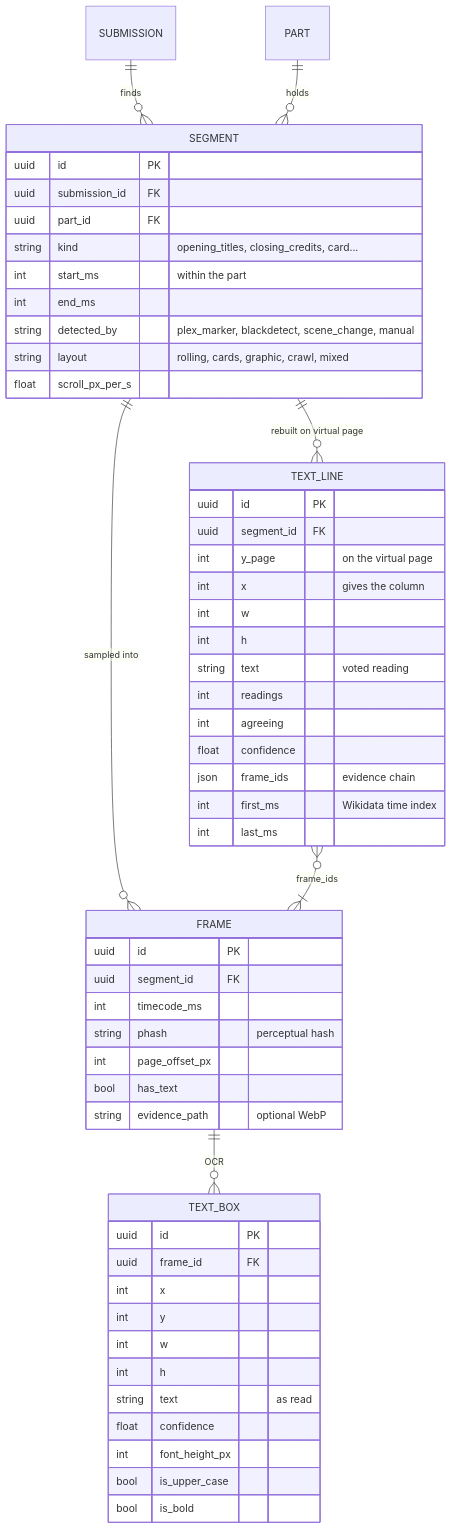
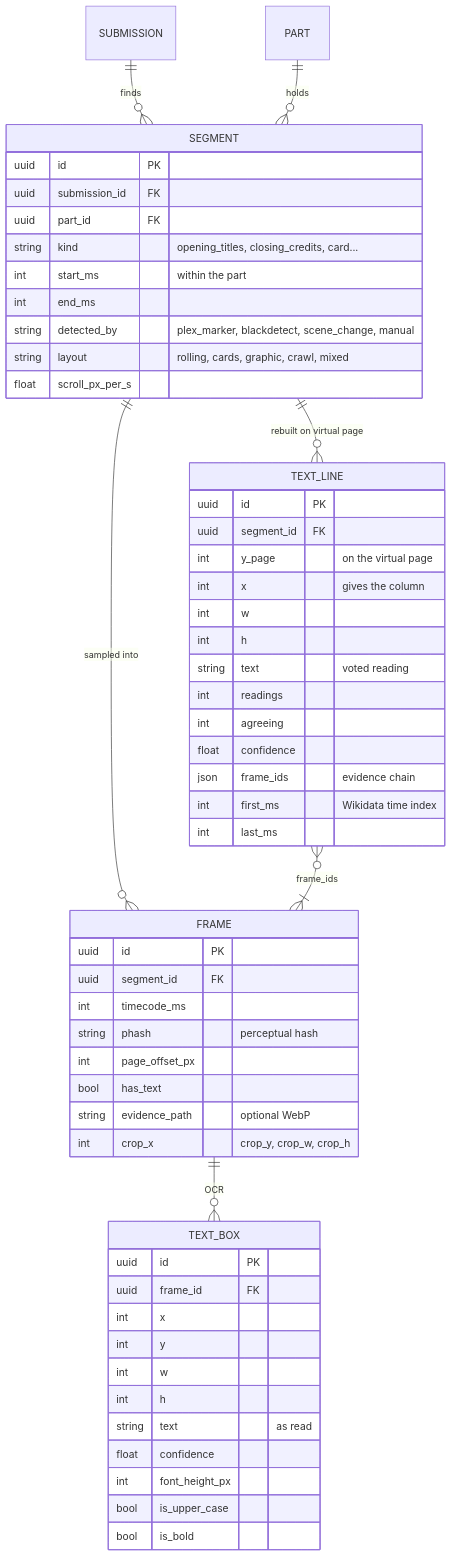
The third of 5 diagrams in doc/data-model.md (vaugouin/open-credits), drawn with Mermaid before and after one commit. The commit also changed other lines of this file and 5 other files, not shown here.

````diff
--- a/doc/data-model.md
+++ b/doc/data-model.md
@@ -425,58 +434,59 @@
 ```mermaid
 erDiagram
     SUBMISSION ||--o{ SEGMENT : "finds"
     PART ||--o{ SEGMENT : "holds"
     SEGMENT ||--o{ FRAME : "sampled into"
     FRAME ||--o{ TEXT_BOX : "OCR"
     SEGMENT ||--o{ TEXT_LINE : "rebuilt on virtual page"
     TEXT_LINE }o--|{ FRAME : "frame_ids"
 
     SEGMENT {
         uuid id PK
         uuid submission_id FK
         uuid part_id FK
         string kind "opening_titles, closing_credits, card..."
         int start_ms "within the part"
         int end_ms
         string detected_by "plex_marker, blackdetect, scene_change, manual"
         string layout "rolling, cards, graphic, crawl, mixed"
         float scroll_px_per_s
     }
     FRAME {
         uuid id PK
         uuid segment_id FK
         int timecode_ms
         string phash "perceptual hash"
         int page_offset_px
         bool has_text
         string evidence_path "optional WebP"
+        int crop_x "crop_y, crop_w, crop_h"
     }
     TEXT_BOX {
         uuid id PK
         uuid frame_id FK
         int x
         int y
         int w
         int h
         string text "as read"
         float confidence
         int font_height_px
         bool is_upper_case
         bool is_bold
     }
     TEXT_LINE {
         uuid id PK
         uuid segment_id FK
         int y_page "on the virtual page"
         int x "gives the column"
         int w
         int h
         string text "voted reading"
         int readings
         int agreeing
         float confidence
         json frame_ids "evidence chain"
         int first_ms "Wikidata time index"
         int last_ms
     }
 ```
````
